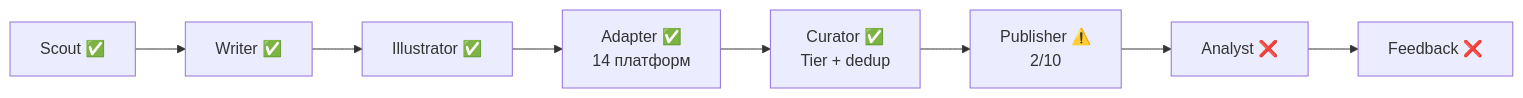
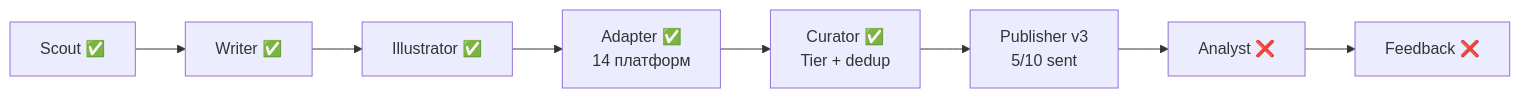
The diagram in docs/Home.md (TimmyZinin/content-pipeline), drawn with Mermaid before and after one commit. The commit also changed other lines of this file and 3 other files, not shown here.

````diff
--- a/docs/Home.md
+++ b/docs/Home.md
@@ -25,10 +25,10 @@
 ```mermaid
 flowchart LR
     S[Scout ✅] --> W[Writer ✅]
     W --> I[Illustrator ✅]
     I --> A[Adapter ✅\n14 платформ]
     A --> C[Curator ✅\nTier + dedup]
-    C --> P[Publisher ⚠️\n2/10]
+    C --> P[Publisher v3\n5/10 sent]
     P --> AN[Analyst ❌]
     AN --> F[Feedback ❌]
 ```
````
